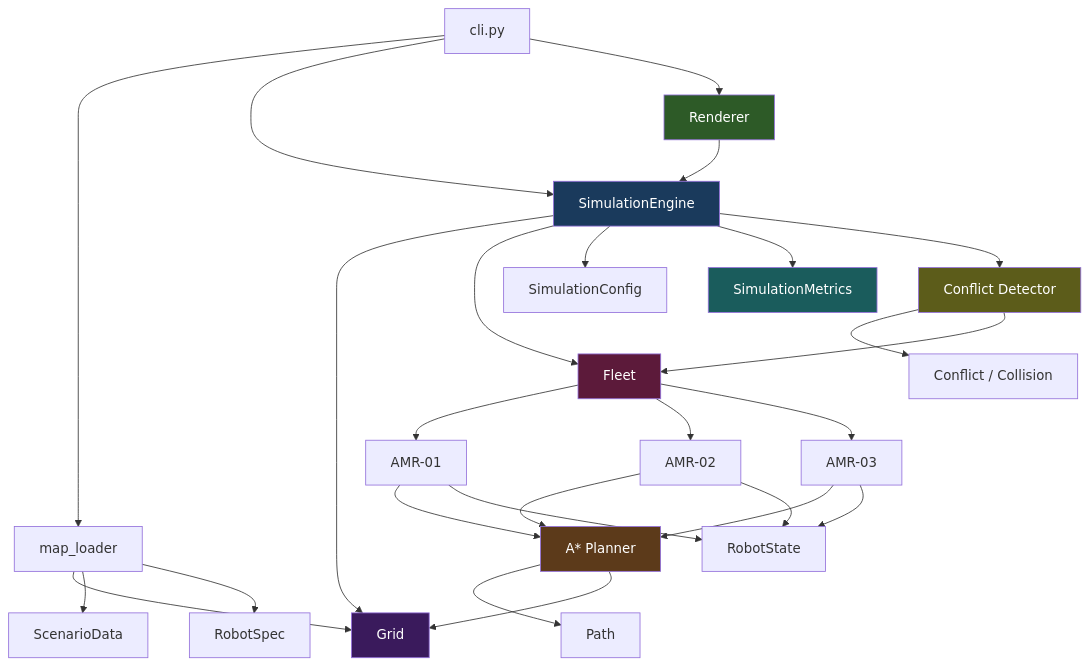
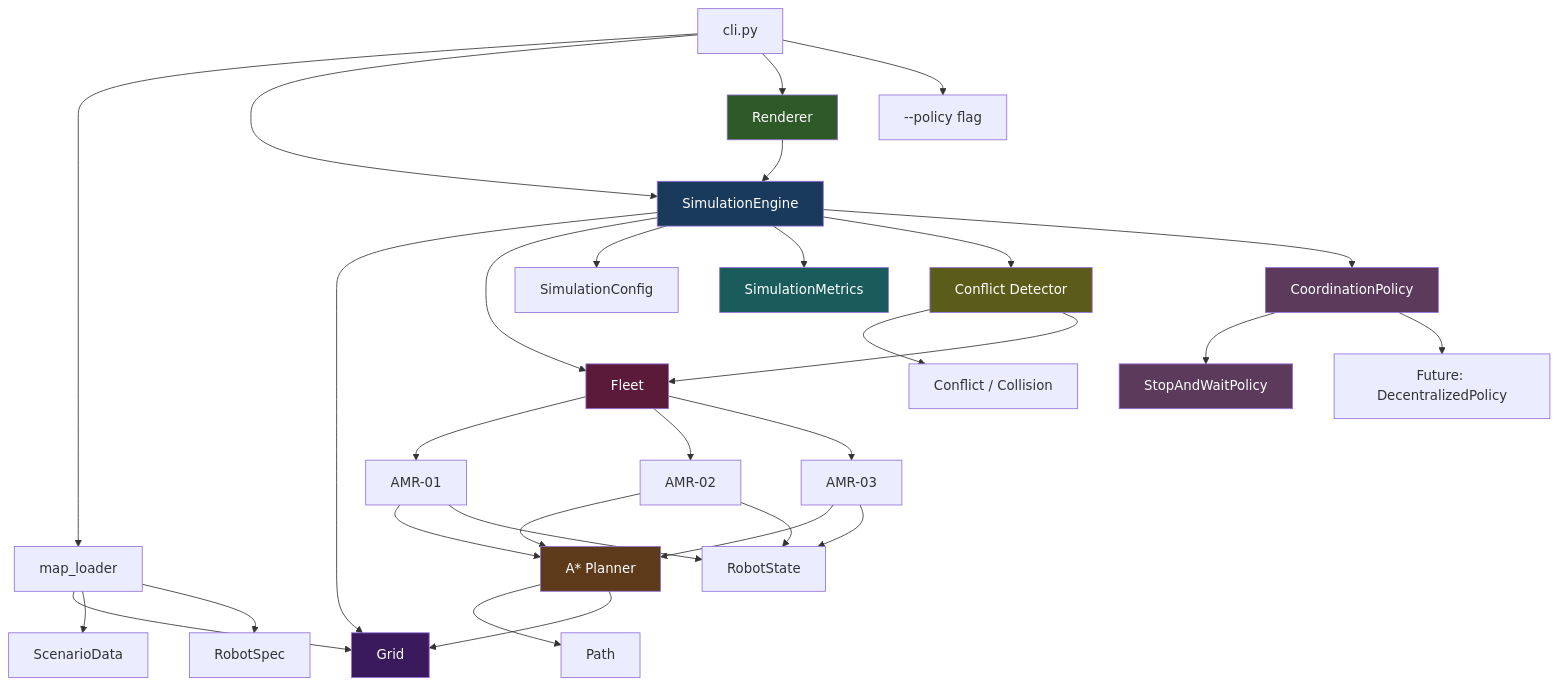
The first of 7 diagrams in docs/architecture.md (KuberTheGreat/SwarmOS), drawn with Mermaid before and after one commit. The commit also changed other lines of this file and 16 other files, not shown here.

````diff
--- a/docs/architecture.md
+++ b/docs/architecture.md
@@ -16,44 +17,51 @@
 ```mermaid
 graph TD
     CLI[cli.py] --> ML[map_loader]
     CLI --> Engine[SimulationEngine]
     CLI --> Renderer[Renderer]
+    CLI --> PolicySelect["--policy flag"]
 
     ML --> Grid[Grid]
     ML --> ScenarioData
     ML --> RobotSpec
 
     Engine --> Grid
     Engine --> Fleet
     Engine --> Config[SimulationConfig]
     Engine --> Metrics[SimulationMetrics]
     Engine --> Detector[Conflict Detector]
+    Engine --> Policy[CoordinationPolicy]
+
+    Policy --> SAW[StopAndWaitPolicy]
+    Policy --> Future["Future: DecentralizedPolicy"]
 
     Fleet --> AMR1[AMR-01]
     Fleet --> AMR2[AMR-02]
     Fleet --> AMR3[AMR-03]
 
     AMR1 --> Planner[A* Planner]
     AMR2 --> Planner
     AMR3 --> Planner
 
     Planner --> PathObj[Path]
     Planner --> Grid
 
     AMR1 --> State[RobotState]
     AMR2 --> State
     AMR3 --> State
 
     Detector --> ConflictModel["Conflict / Collision"]
     Detector --> Fleet
 
     Renderer --> Engine
 
     style Renderer fill:#2d5a27,color:#fff
     style Engine fill:#1a3a5c,color:#fff
     style Planner fill:#5c3a1a,color:#fff
     style Grid fill:#3a1a5c,color:#fff
     style Fleet fill:#5c1a3a,color:#fff
     style Detector fill:#5c5c1a,color:#fff
     style Metrics fill:#1a5c5c,color:#fff
+    style Policy fill:#5c3a5c,color:#fff
+    style SAW fill:#5c3a5c,color:#fff
 ```
````
